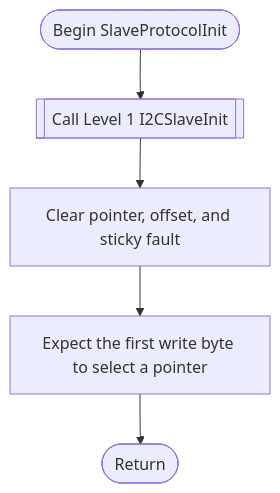
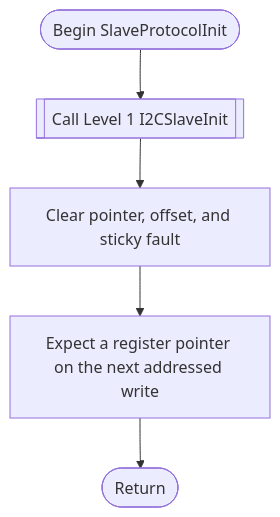
The sixth of 10 diagrams in LabAssignments/support/Lab10-I2C-Slave-Three-Level-Student-Guide.md (rosstimo/RCET3375), drawn with Mermaid before and after one commit. The commit also changed other lines of this file, not shown here.

Commit message:
Align Level 2 flowcharts with explicit protocol-state branch conditions

````diff
--- a/LabAssignments/support/Lab10-I2C-Slave-Three-Level-Student-Guide.md
+++ b/LabAssignments/support/Lab10-I2C-Slave-Three-Level-Student-Guide.md
@@ -221,7 +221,7 @@
 ```mermaid
 flowchart TD
-    Begin([Begin SlaveProtocolInit]) --> Hardware[[Call Level 1 I2CSlaveInit]]
-    Hardware --> Clear["Clear pointer, offset, and sticky fault"]
-    Clear --> Expect["Expect the first write byte to select a pointer"]
-    Expect --> Exit([Return])
+    Begin(["Begin SlaveProtocolInit"]) --> Hardware[[Call Level 1 I2CSlaveInit]]
+    Hardware --> State["Clear pointer, offset, and sticky fault"]
+    State --> Expect["Expect a register pointer on the next addressed write"]
+    Expect --> Exit(["Return"])
 ```
````
